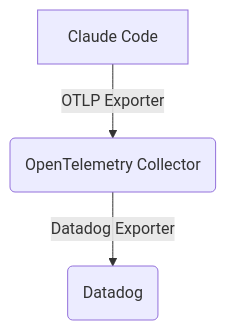
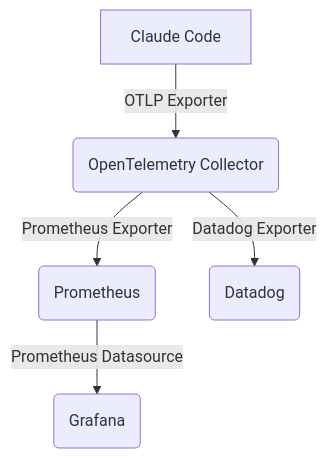
The second of 2 diagrams in README.md (HexSleeves/claude-code-telemetry), drawn with Mermaid before and after one commit. The commit also changed other lines of this file and 10 other files, not shown here.

````diff
--- a/README.md
+++ b/README.md
@@ -129,5 +124,7 @@
 ```mermaid
 graph TD
     A[Claude Code] -->|OTLP Exporter| B(OpenTelemetry Collector);
-    B -->|Datadog Exporter| C(Datadog);
+    B -->|Prometheus Exporter| C(Prometheus);
+    B -->|Datadog Exporter| E(Datadog);
+    C -->|Prometheus Datasource| D(Grafana);
 ```
````
